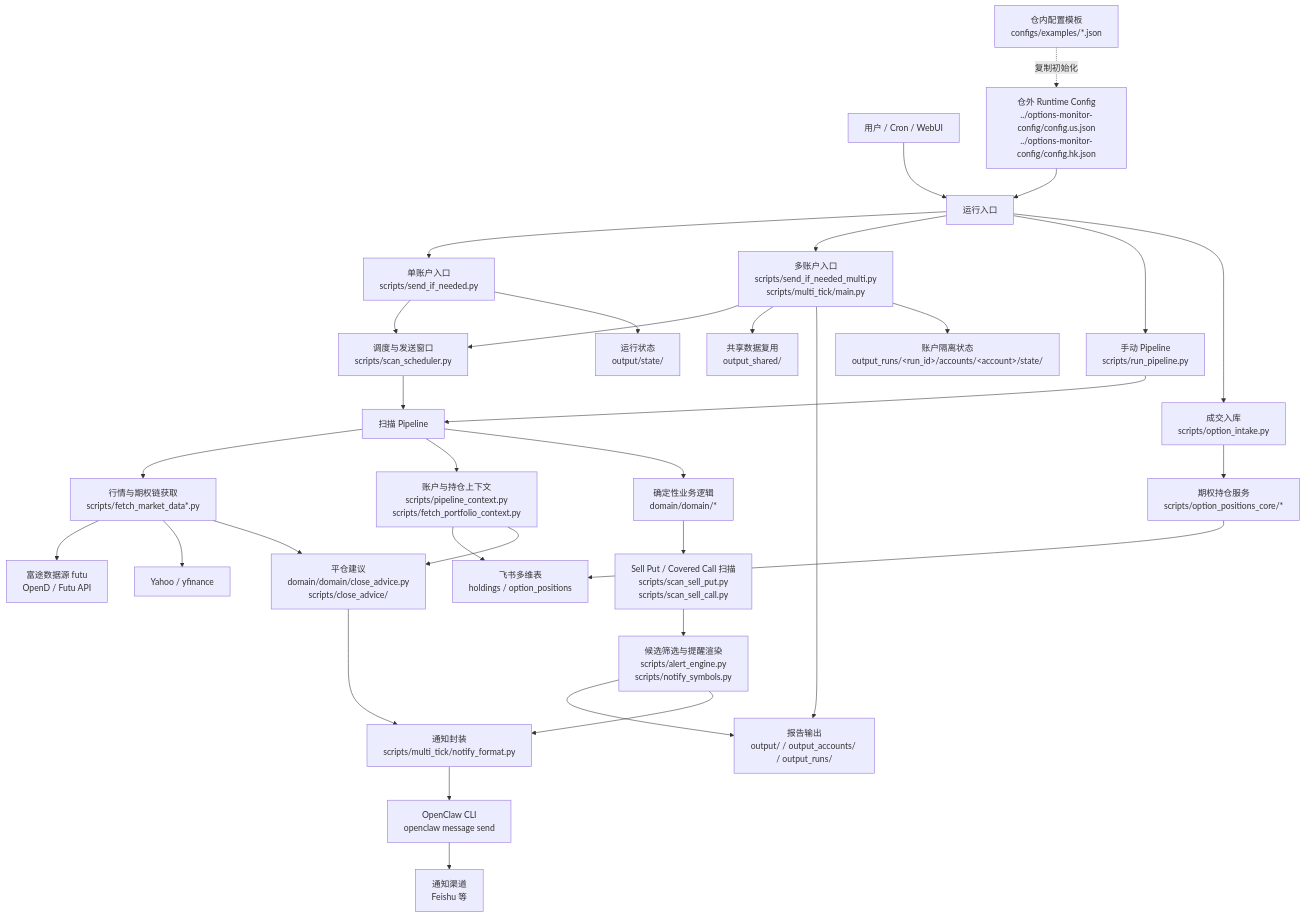
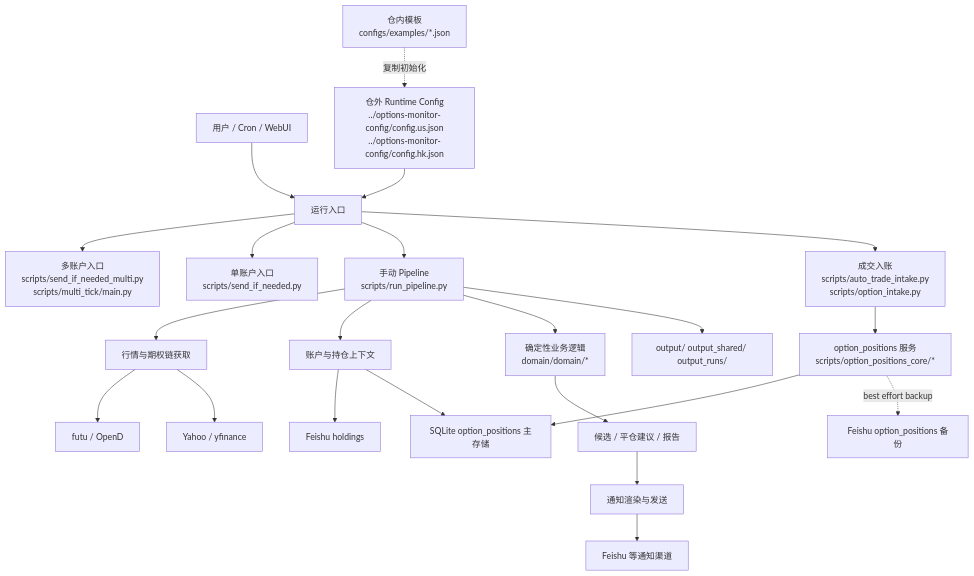
The diagram in README.md (liuxie066/options-monitor), drawn with Mermaid before and after one commit. The commit also changed other lines of this file and 1 other file, not shown here.

````diff
--- a/README.md
+++ b/README.md
@@ -18,43 +28,30 @@
 ```mermaid
 flowchart TD
     User["用户 / Cron / WebUI"] --> Entrypoints["运行入口"]
+    Entrypoints --> Multi["多账户入口<br/>scripts/send_if_needed_multi.py<br/>scripts/multi_tick/main.py"]
     Entrypoints --> Single["单账户入口<br/>scripts/send_if_needed.py"]
-    Entrypoints --> Multi["多账户入口<br/>scripts/send_if_needed_multi.py<br/>scripts/multi_tick/main.py"]
     Entrypoints --> Pipeline["手动 Pipeline<br/>scripts/run_pipeline.py"]
-    Entrypoints --> Intake["成交入库<br/>scripts/option_intake.py"]
+    Entrypoints --> Intake["成交入账<br/>scripts/auto_trade_intake.py<br/>scripts/option_intake.py"]
 
-    RuntimeConfig["仓外 Runtime Config<br/>../options-monitor-config/config.us.json<br/>../options-monitor-config/config.hk.json"] --> Entrypoints
-    Examples["仓内配置模板<br/>configs/examples/*.json"] -.复制初始化.-> RuntimeConfig
+    Runtime["仓外 Runtime Config<br/>../options-monitor-config/config.us.json<br/>../options-monitor-config/config.hk.json"] --> Entrypoints
+    Examples["仓内模板<br/>configs/examples/*.json"] -.复制初始化.-> Runtime
 
-    Multi --> Scheduler["调度与发送窗口<br/>scripts/scan_scheduler.py"]
-    Single --> Scheduler
-    Scheduler --> PipelineCore["扫描 Pipeline"]
-    Pipeline --> PipelineCore
-
-    PipelineCore --> Fetch["行情与期权链获取<br/>scripts/fetch_market_data*.py"]
-    Fetch --> Futu["富途数据源 futu<br/>OpenD / Futu API"]
+    Pipeline --> Fetch["行情与期权链获取"]
+    Fetch --> Futu["futu / OpenD"]
     Fetch --> Yahoo["Yahoo / yfinance"]
 
-    PipelineCore --> Context["账户与持仓上下文<br/>scripts/pipeline_context.py<br/>scripts/fetch_portfolio_context.py"]
-    Context --> Feishu["飞书多维表<br/>holdings / option_positions"]
+    Pipeline --> Ctx["账户与持仓上下文"]
+    Ctx --> Holdings["Feishu holdings"]
+    Ctx --> SQLite["SQLite option_positions 主存储"]
 
-    PipelineCore --> Domain["确定性业务逻辑<br/>domain/domain/*"]
-    Domain --> Scan["Sell Put / Covered Call 扫描<br/>scripts/scan_sell_put.py<br/>scripts/scan_sell_call.py"]
-    Scan --> Alert["候选筛选与提醒渲染<br/>scripts/alert_engine.py<br/>scripts/notify_symbols.py"]
-    Context --> CloseAdvice["平仓建议<br/>domain/domain/close_advice.py<br/>scripts/close_advice/"]
-    Fetch --> CloseAdvice
+    Intake --> PositionCore["option_positions 服务<br/>scripts/option_positions_core/*"]
+    PositionCore --> SQLite
+    PositionCore -.best effort backup.-> FeishuBackup["Feishu option_positions 备份"]
 
-    Multi --> SharedCache["共享数据复用<br/>output_shared/"]
-    Alert --> Reports["报告输出<br/>output/ / output_accounts/ / output_runs/"]
-    Multi --> Reports
-    Single --> State["运行状态<br/>output/state/"]
-    Multi --> AccountState["账户隔离状态<br/>output_runs/&lt;run_id&gt;/accounts/&lt;account&gt;/state/"]
+    Pipeline --> Domain["确定性业务逻辑<br/>domain/domain/*"]
+    Domain --> Alerts["候选 / 平仓建议 / 报告"]
+    Alerts --> Notify["通知渲染与发送"]
+    Notify --> Channel["Feishu 等通知渠道"]
 
-    Alert --> Notify["通知封装<br/>scripts/multi_tick/notify_format.py"]
-    CloseAdvice --> Notify
-    Notify --> OpenClaw["OpenClaw CLI<br/>openclaw message send"]
-    OpenClaw --> Channel["通知渠道<br/>Feishu 等"]
-
-    Intake --> PositionCore["期权持仓服务<br/>scripts/option_positions_core/*"]
-    PositionCore --> Feishu
+    Pipeline --> Output["output/ output_shared/ output_runs/"]
 ```
````
